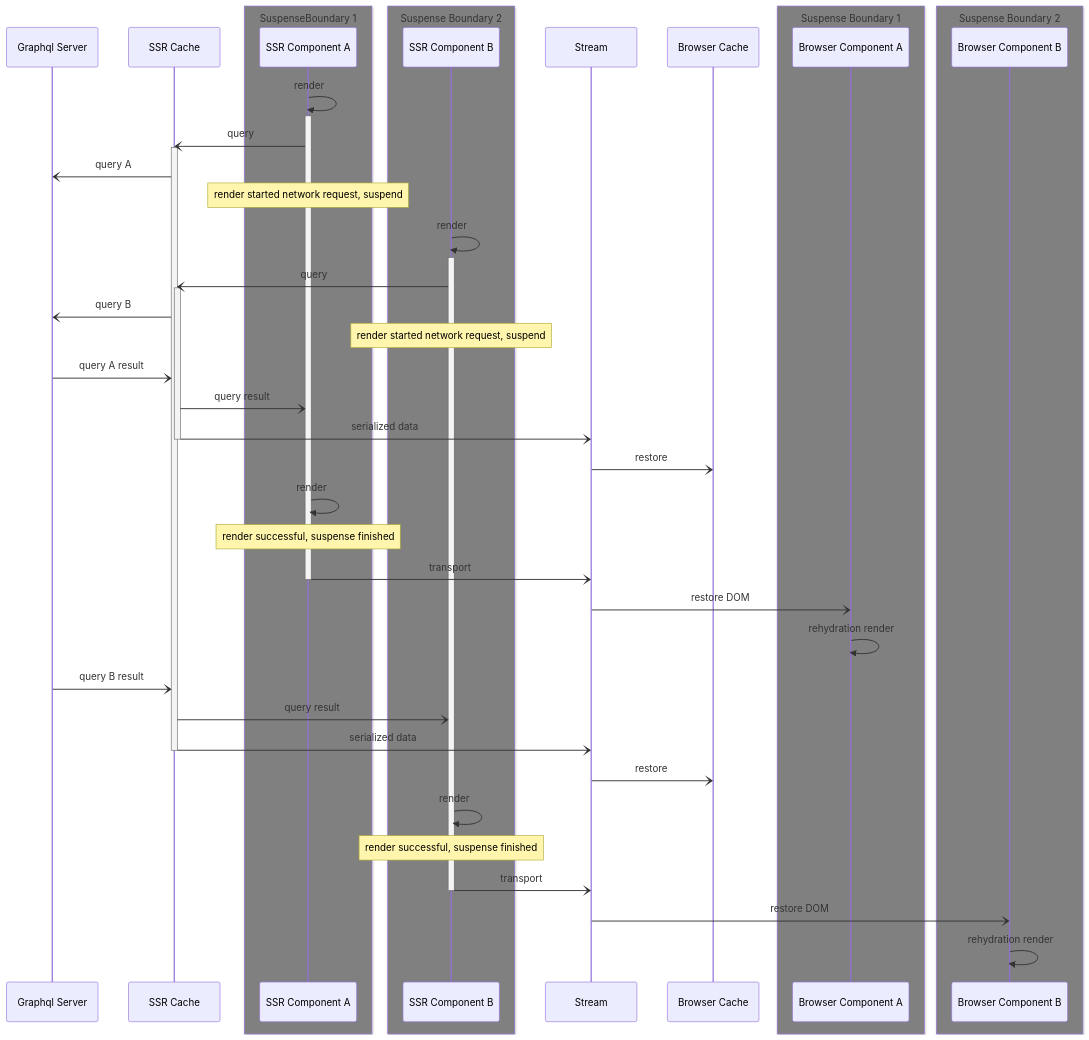
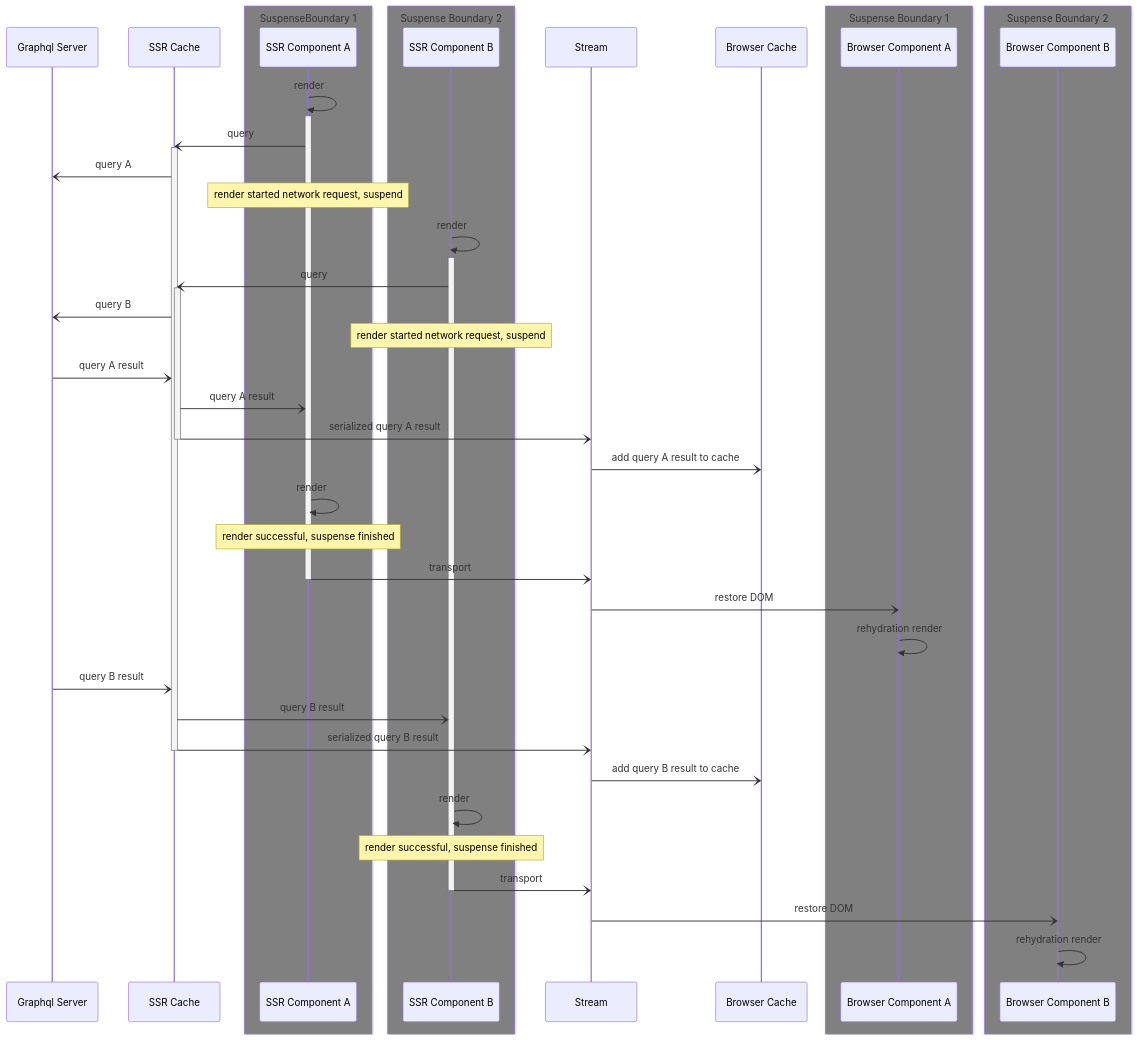
One commit to apollographql/apollo-client-nextjs changed the second of 4 diagrams in RFC.md. Above: the diagram before and after it, drawn with Mermaid. The commit also changed other lines of this file, not shown here.

Commit message:
more precise wording in diagrams

````diff
--- a/RFC.md
+++ b/RFC.md
@@ -339,59 +339,59 @@
 ```mermaid
 sequenceDiagram
   participant GQL as Graphql Server
   participant SSRCache as SSR Cache
   box gray SuspenseBoundary 1
   participant SSRA as SSR Component A
   end
   box gray Suspense Boundary 2
   participant SSRB as SSR Component B
   end
   participant Stream
   participant BCache as Browser Cache
   box gray Suspense Boundary 1
   participant BA as Browser Component A
   end
   box gray Suspense Boundary 2
   participant BB as Browser Component B
   end
 
   SSRA ->> SSRA: render
   activate SSRA
   SSRA -) SSRCache: query
   activate SSRCache
   SSRCache -) GQL: query A
   Note over SSRA: render started network request, suspend
 
   SSRB ->> SSRB: render
   activate SSRB
   SSRB -) SSRCache: query
   activate SSRCache
   SSRCache -) GQL: query B
   Note over SSRB: render started network request, suspend
 
   GQL -) SSRCache: query A result
-  SSRCache -) SSRA: query result
-  SSRCache -) Stream: serialized data
+  SSRCache -) SSRA: query A result
+  SSRCache -) Stream: serialized query A result
   deactivate SSRCache
-  Stream -) BCache: restore
+  Stream -) BCache: add query A result to cache
   SSRA ->> SSRA: render
   Note over SSRA: render successful, suspense finished
   SSRA -) Stream: transport
   deactivate SSRA
   Stream -) BA: restore DOM
   BA ->> BA: rehydration render
 
   
 
   GQL -) SSRCache: query B result
-  SSRCache -) SSRB: query result
-  SSRCache -) Stream: serialized data
+  SSRCache -) SSRB: query B result
+  SSRCache -) Stream: serialized query B result
   deactivate SSRCache
-  Stream -) BCache: restore
+  Stream -) BCache: add query B result to cache
   SSRB ->> SSRB: render
   Note over SSRB: render successful, suspense finished
   SSRB -) Stream: transport
   deactivate SSRB
   Stream -) BB: restore DOM
   BB ->> BB: rehydration render
 ```
````
